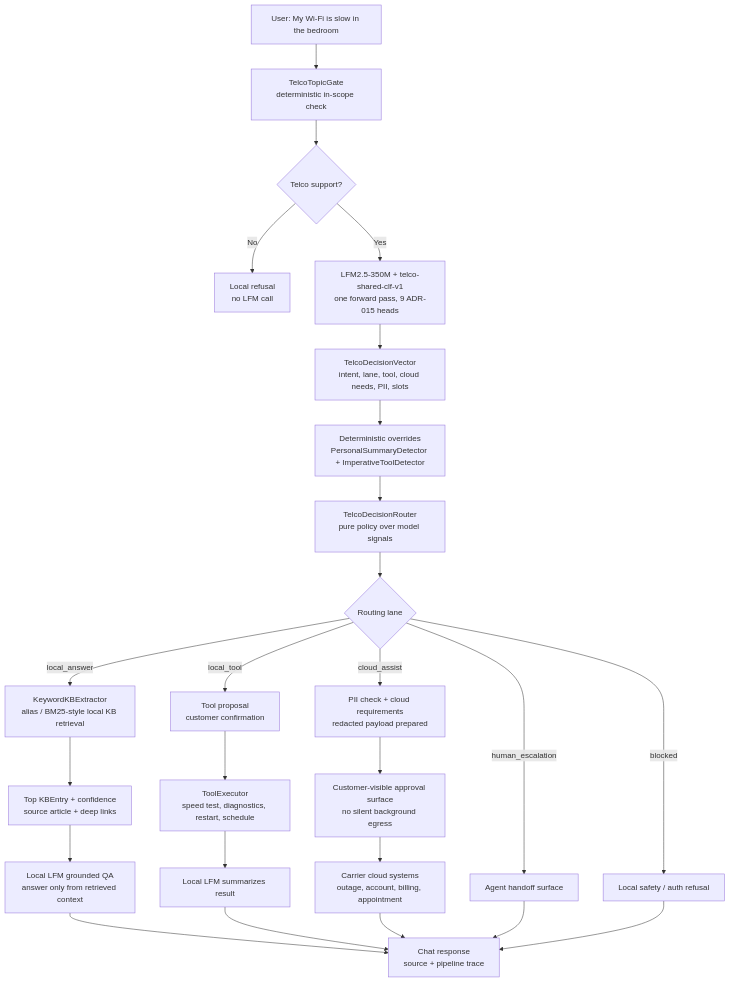
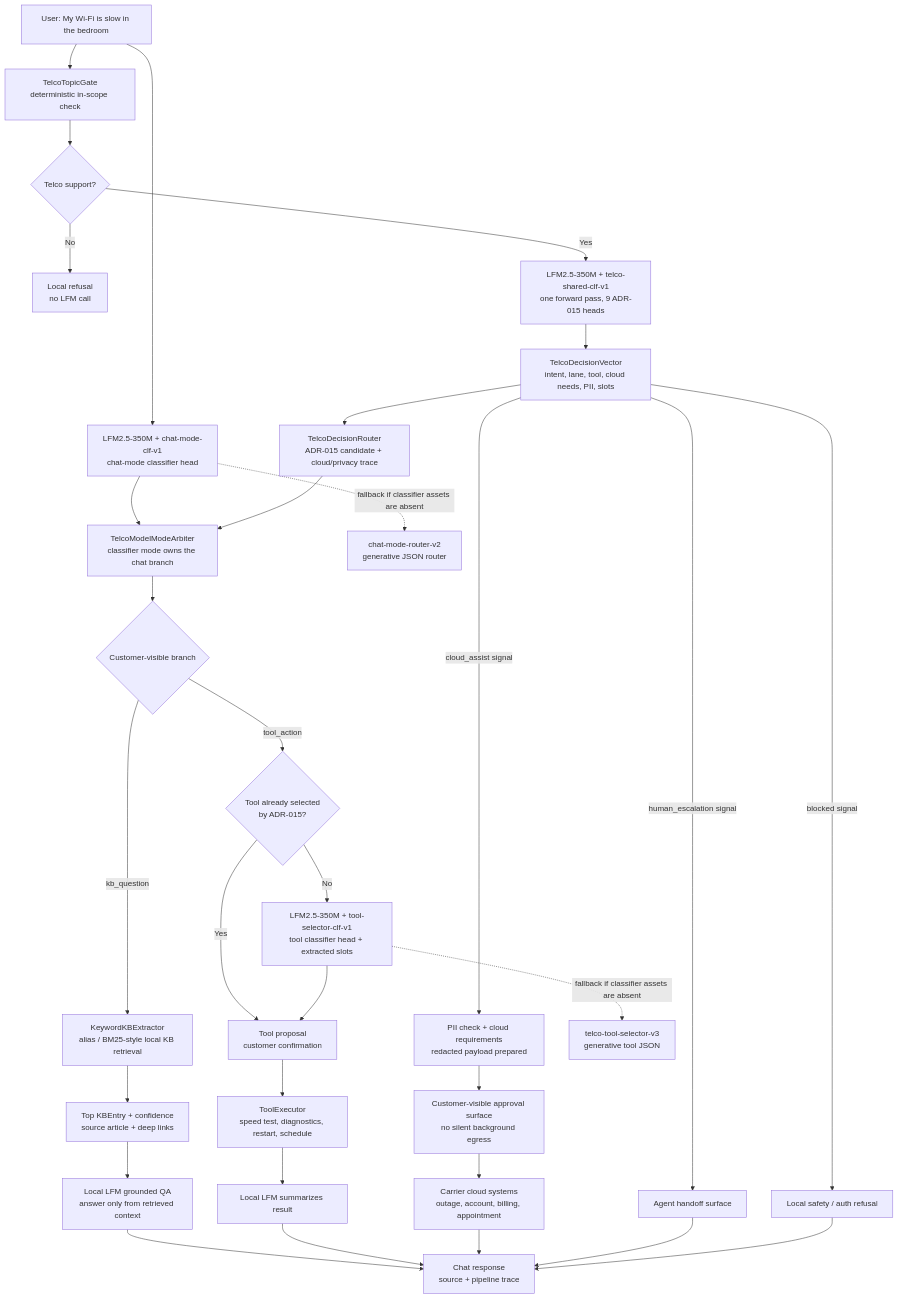
Before and after one commit to Liquid4All/cookbook: the diagram in examples/telco-triage-ios/README.md, drawn with Mermaid. The commit also changed other lines of this file and 26 other files, not shown here.

Commit message:
fix(examples): route telco triage questions with classifier heads

````diff
--- a/examples/telco-triage-ios/README.md
+++ b/examples/telco-triage-ios/README.md
@@ -43,32 +44,40 @@
 ```mermaid
 flowchart TD
     Q["User: My Wi-Fi is slow in the bedroom"] --> TG["TelcoTopicGate<br/>deterministic in-scope check"]
     TG --> Scope{"Telco support?"}
     Scope -- "No" --> Refuse["Local refusal<br/>no LFM call"]
     Scope -- "Yes" --> Heads["LFM2.5-350M + telco-shared-clf-v1<br/>one forward pass, 9 ADR-015 heads"]
 
+    Q --> Mode["LFM2.5-350M + chat-mode-clf-v1<br/>chat-mode classifier head"]
     Heads --> Vector["TelcoDecisionVector<br/>intent, lane, tool, cloud needs, PII, slots"]
-    Vector --> Overrides["Deterministic overrides<br/>PersonalSummaryDetector + ImperativeToolDetector"]
-    Overrides --> Router["TelcoDecisionRouter<br/>pure policy over model signals"]
-    Router --> Lane{"Routing lane"}
+    Vector --> Candidate["TelcoDecisionRouter<br/>ADR-015 candidate + cloud/privacy trace"]
+    Mode --> Arbiter["TelcoModelModeArbiter<br/>classifier mode owns the chat branch"]
+    Candidate --> Arbiter
+    Arbiter --> Lane{"Customer-visible branch"}
 
-    Lane -- "local_answer" --> KB["KeywordKBExtractor<br/>alias / BM25-style local KB retrieval"]
+    Lane -- "kb_question" --> KB["KeywordKBExtractor<br/>alias / BM25-style local KB retrieval"]
     KB --> Entry["Top KBEntry + confidence<br/>source article + deep links"]
     Entry --> Grounded["Local LFM grounded QA<br/>answer only from retrieved context"]
     Grounded --> UI["Chat response<br/>source + pipeline trace"]
 
-    Lane -- "local_tool" --> Proposal["Tool proposal<br/>customer confirmation"]
+    Lane -- "tool_action" --> Selector{"Tool already selected<br/>by ADR-015?"}
+    Selector -- "Yes" --> Proposal["Tool proposal<br/>customer confirmation"]
+    Selector -- "No" --> ToolHead["LFM2.5-350M + tool-selector-clf-v1<br/>tool classifier head + extracted slots"]
+    ToolHead --> Proposal
     Proposal --> Tool["ToolExecutor<br/>speed test, diagnostics, restart, schedule"]
     Tool --> Summary["Local LFM summarizes result"]
     Summary --> UI
 
-    Lane -- "cloud_assist" --> Payload["PII check + cloud requirements<br/>redacted payload prepared"]
+    Vector -- "cloud_assist signal" --> Payload["PII check + cloud requirements<br/>redacted payload prepared"]
     Payload --> Approval["Customer-visible approval surface<br/>no silent background egress"]
     Approval --> Cloud["Carrier cloud systems<br/>outage, account, billing, appointment"]
     Cloud --> UI
 
-    Lane -- "human_escalation" --> Agent["Agent handoff surface"]
+    Vector -- "human_escalation signal" --> Agent["Agent handoff surface"]
     Agent --> UI
-    Lane -- "blocked" --> Block["Local safety / auth refusal"]
+    Vector -- "blocked signal" --> Block["Local safety / auth refusal"]
     Block --> UI
+
+    Mode -. "fallback if classifier assets are absent" .-> GenMode["chat-mode-router-v2<br/>generative JSON router"]
+    ToolHead -. "fallback if classifier assets are absent" .-> GenTool["telco-tool-selector-v3<br/>generative tool JSON"]
 ```
````
